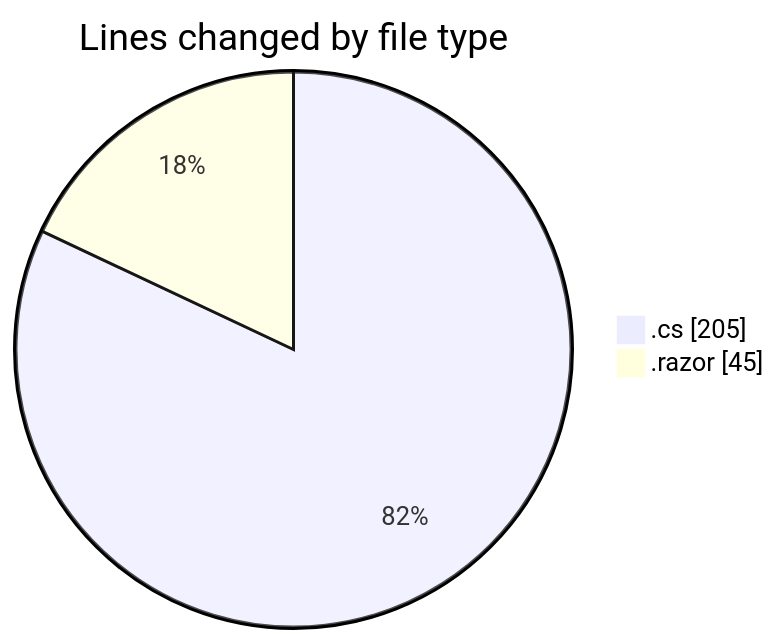
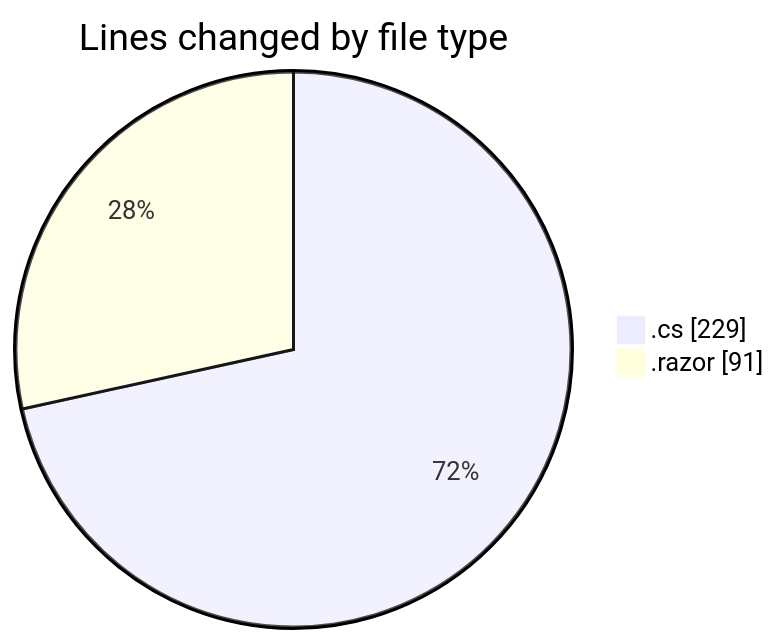
The first of 2 diagrams in 2025-04-05/front-end/README.md (Netris89/code-tracking), drawn with Mermaid before and after one commit. The commit also changed other lines of this file and 1 other file, not shown here.

````diff
--- a/2025-04-05/front-end/README.md
+++ b/2025-04-05/front-end/README.md
@@ -22,6 +24,6 @@
 ```mermaid
 pie showData
 title Lines changed by file type
-".cs" : 205
-".razor" : 45
+".cs" : 229
+".razor" : 91
 ```
````
